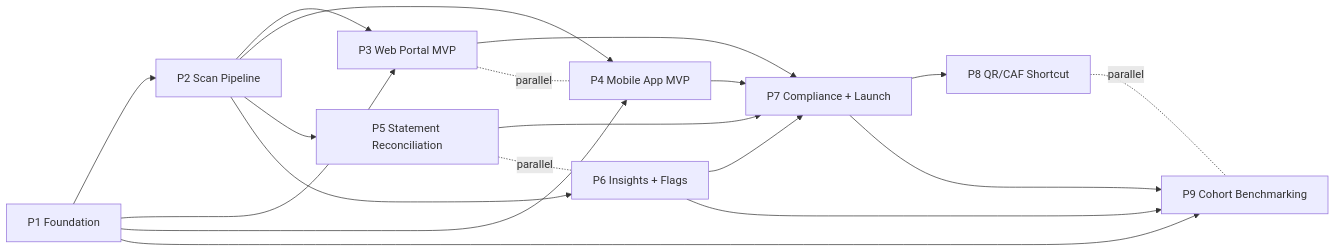
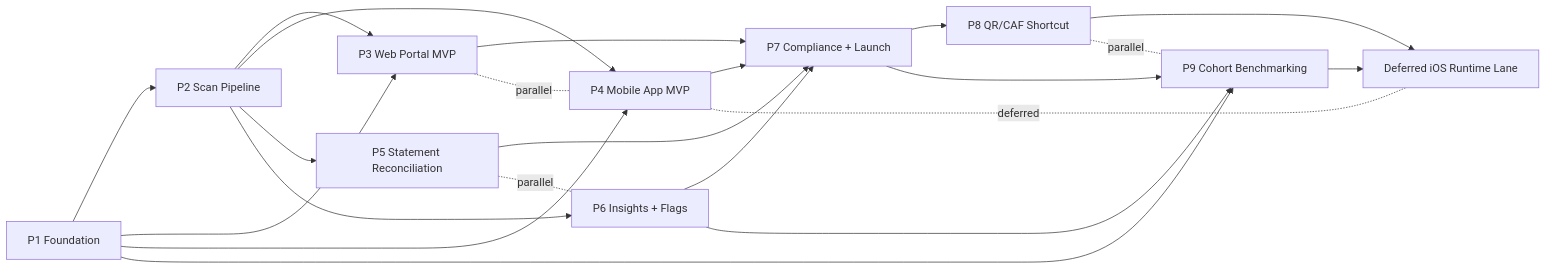
Before and after one commit to Brownbull/gastify: the diagram in .kdbp/ROADMAP.md, drawn with Mermaid. The commit also changed other lines of this file and 19 other files, not shown here.

````diff
--- a/.kdbp/ROADMAP.md
+++ b/.kdbp/ROADMAP.md
@@ -179,32 +193,36 @@
 ```mermaid
 graph LR
   P1[P1 Foundation]
   P2[P2 Scan Pipeline]
   P3[P3 Web Portal MVP]
   P4[P4 Mobile App MVP]
   P5[P5 Statement Reconciliation]
   P6[P6 Insights + Flags]
   P7[P7 Compliance + Launch]
   P8[P8 QR/CAF Shortcut]
   P9[P9 Cohort Benchmarking]
+  IOS[Deferred iOS Runtime Lane]
 
   P1 --> P2
   P2 --> P3
   P2 --> P4
   P2 --> P5
   P2 --> P6
   P1 --> P3
   P1 --> P4
   P3 --> P7
   P4 --> P7
   P5 --> P7
   P6 --> P7
   P7 --> P8
   P7 --> P9
   P1 --> P9
   P6 --> P9
+  P8 --> IOS
+  P9 --> IOS
 
   P3 -.parallel.- P4
   P5 -.parallel.- P6
   P8 -.parallel.- P9
+  P4 -.deferred.- IOS
 ```
````
